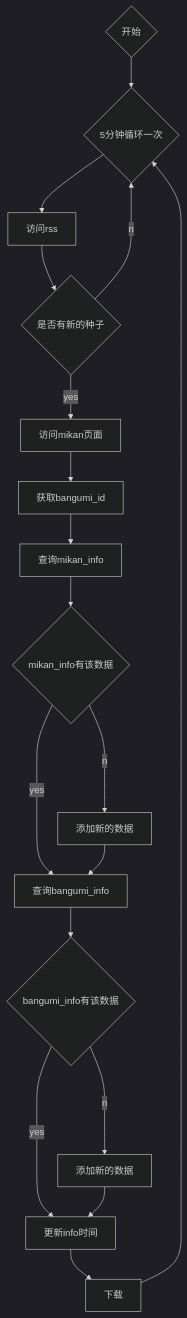
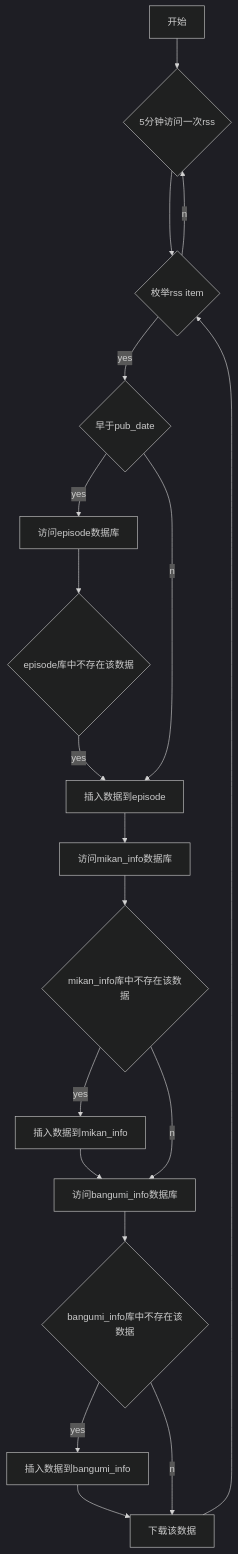
The diagram in markdown/流程.md (banned2054/Quart), drawn with Mermaid (dark theme) before and after one commit. The commit also changed 4 other files, not shown here.

Commit message:
添加集数获取函数，修改流程图

````diff
--- a/markdown/流程.md
+++ b/markdown/流程.md
@@ -1,20 +1,21 @@
 ```mermaid
 graph TD
-A1{开始}-->B1{5分钟循环一次}
-B1-->D1[访问rss]
-D1-->C1{是否有新的种子}
-C1--yes-->D2[访问mikan页面]
-C1--no-->B1
-D2-->D3[获取bangumi_id]
-D3-->D4[查询mikan_info]
-D4-->C2{mikan_info有该数据}
-C2--yes-->D5[查询bangumi_info]
-C2--no-->D6[添加新的数据]
-D6-->D5
-D5-->C3{bangumi_info有该数据}
-C3--no-->D9[添加新的数据]
-C3--yes-->D7[更新info时间]
-D9-->D7
-D7-->D8[下载]
-D8-->B1
+A[开始]-->B1{5分钟访问一次rss}
+B1-->B2{枚举rss item}
+B2--yes-->C1{早于pub_date}
+B2--no-->B1
+C1--yes-->D1[访问episode数据库]
+D1-->C2{episode库中不存在该数据}
+C2--yes-->D2[插入数据到episode]
+C1--no-->D2
+D2-->D4[访问mikan_info数据库]
+D4-->C3{mikan_info库中不存在该数据}
+C3--yes-->D5[插入数据到mikan_info]
+D5-->D6[访问bangumi_info数据库]
+C3--no-->D6
+D6-->C4{bangumi_info库中不存在该数据}
+C4--yes-->D7[插入数据到bangumi_info]
+D7-->D8[下载该数据]
+C4--no-->D8
+D8-->B2
 ```
````
